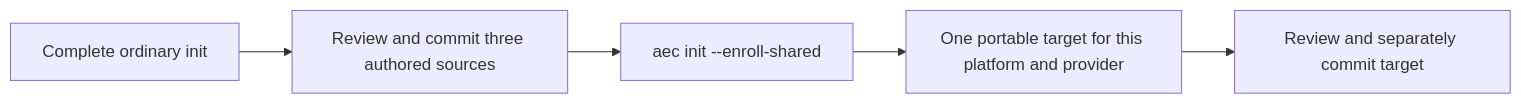
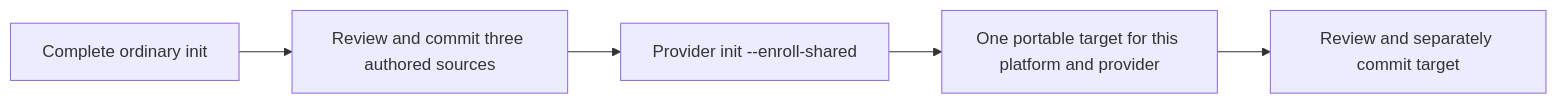
Before and after one commit to ferrywlto/ai-env-as-code: the third of 11 diagrams in docs/reference.md, drawn with Mermaid. The commit also changed other lines of this file and 35 other files, not shown here.

````diff
--- a/docs/reference.md
+++ b/docs/reference.md
@@ -126,7 +128,7 @@
 ```mermaid
 flowchart LR
     Legacy[Complete ordinary init] --> Sources[Review and commit three authored sources]
-    Sources --> Enroll["aec init --enroll-shared"]
+    Sources --> Enroll["Provider init --enroll-shared"]
     Enroll --> Target[One portable target for this platform and provider]
     Target --> Review[Review and separately commit target]
 ```
````
